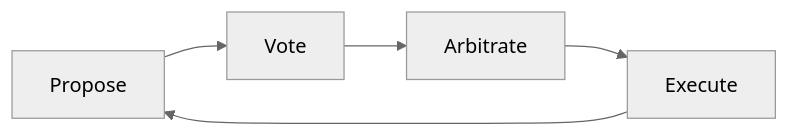
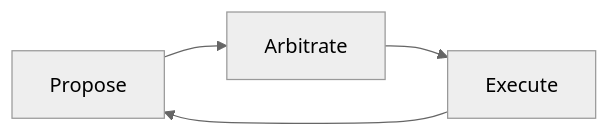
The diagram in website/docs/intro.md (eloquentanalytics/dialai), drawn with Mermaid (neutral theme) before and after one commit. The commit also changed other lines of this file and 46 other files, not shown here.

````diff
--- a/website/docs/intro.md
+++ b/website/docs/intro.md
@@ -45,7 +45,6 @@
 ```mermaid
 graph LR
-    A[Propose] --> B[Vote]
-    B --> C[Arbitrate]
-    C --> D[Execute]
-    D --> A
+    A[Propose] --> B[Arbitrate]
+    B --> C[Execute]
+    C --> A
 ```
````
